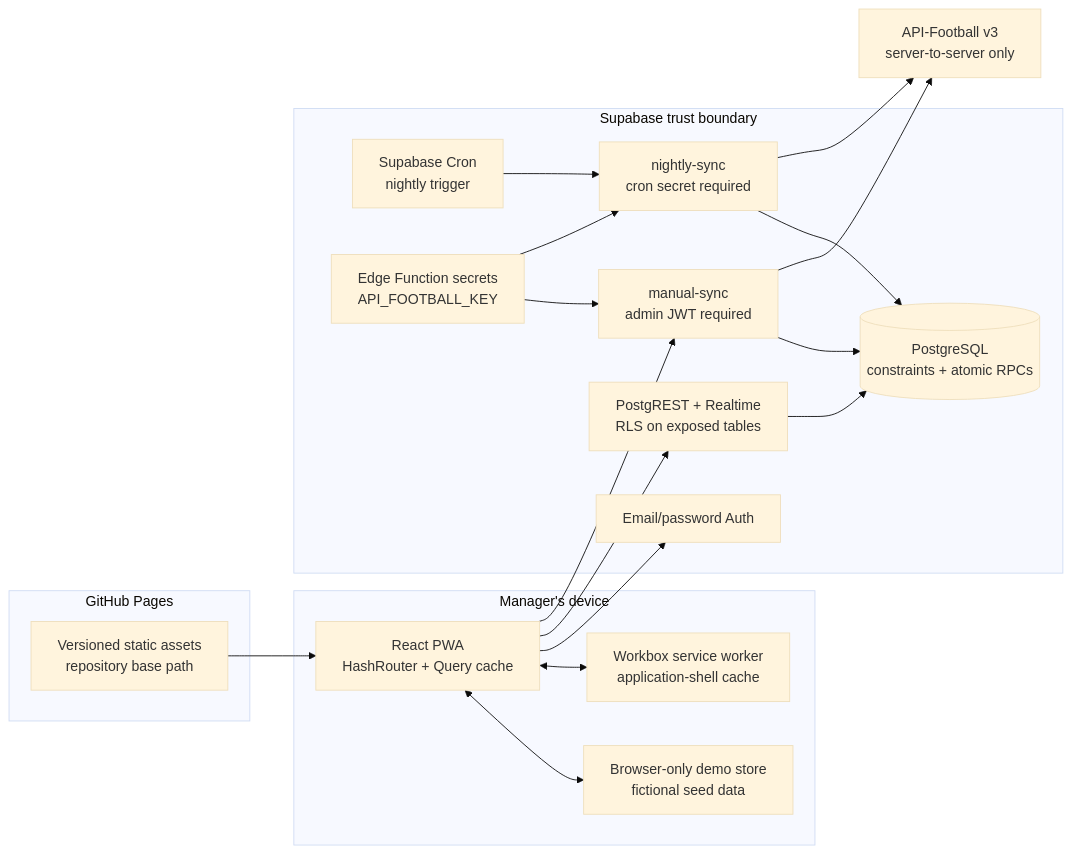
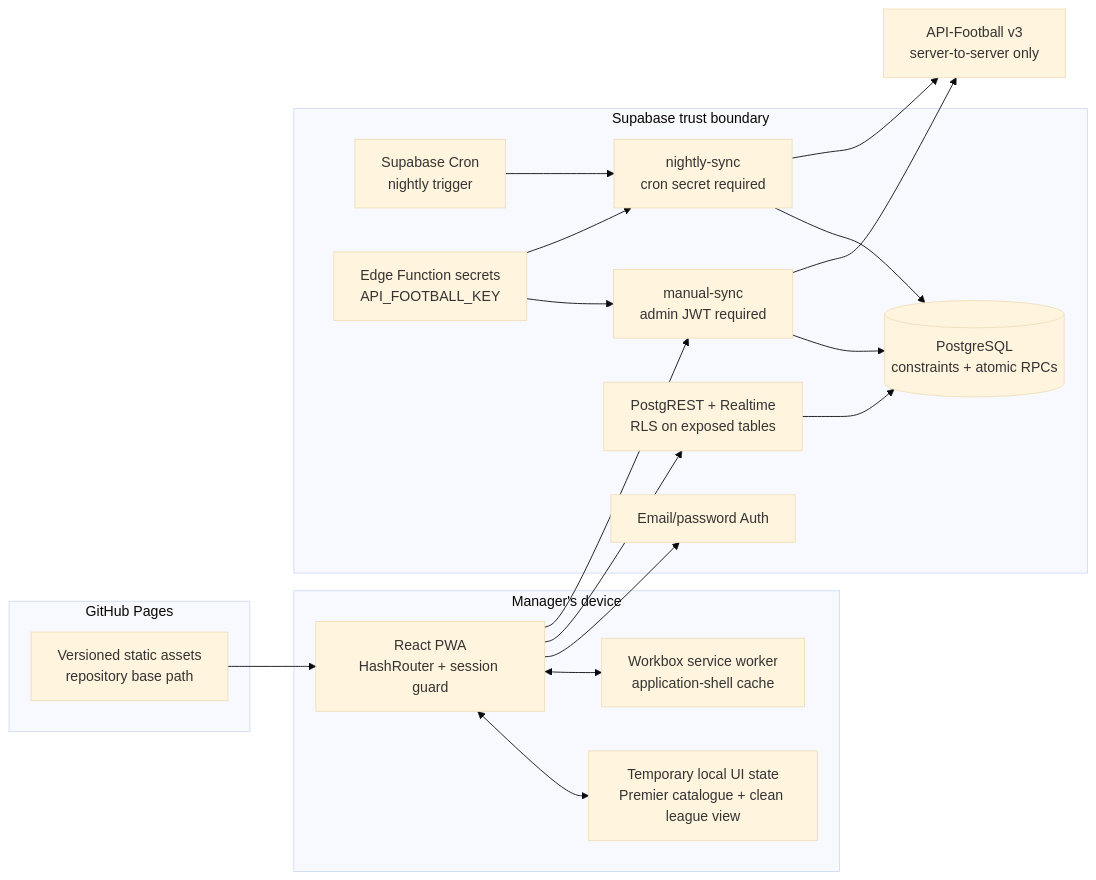
One commit to DTK-001/MonkeyManagers changed the first of 2 diagrams in docs/architecture.md. Above: the diagram before and after it, drawn with Mermaid (base theme). The commit also changed other lines of this file and 22 other files, not shown here.

````diff
--- a/docs/architecture.md
+++ b/docs/architecture.md
@@ -5,39 +5,39 @@
 ```mermaid
 flowchart LR
   subgraph Device["Manager's device"]
-    PWA["React PWA\nHashRouter + Query cache"]
-    DEMO["Browser-only demo store\nfictional seed data"]
+    PWA["React PWA\nHashRouter + session guard"]
+    LOCAL["Temporary local UI state\nPremier catalogue + clean league view"]
     SW["Workbox service worker\napplication-shell cache"]
   end
 
   subgraph Pages["GitHub Pages"]
     STATIC["Versioned static assets\nrepository base path"]
   end
 
   subgraph Supabase["Supabase trust boundary"]
     AUTH["Email/password Auth"]
     API["PostgREST + Realtime\nRLS on exposed tables"]
     DB[("PostgreSQL\nconstraints + atomic RPCs")]
     MANUAL["manual-sync\nadmin JWT required"]
     NIGHTLY["nightly-sync\ncron secret required"]
     CRON["Supabase Cron\nnightly trigger"]
     SECRETS["Edge Function secrets\nAPI_FOOTBALL_KEY"]
   end
 
   PROVIDER["API-Football v3\nserver-to-server only"]
 
   STATIC --> PWA
-  PWA <--> DEMO
+  PWA <--> LOCAL
   PWA <--> SW
   PWA --> AUTH
   PWA --> API
   API --> DB
   PWA --> MANUAL
   MANUAL --> DB
   CRON --> NIGHTLY
   NIGHTLY --> DB
   MANUAL --> PROVIDER
   NIGHTLY --> PROVIDER
   SECRETS --> MANUAL
   SECRETS --> NIGHTLY
 ```
````
